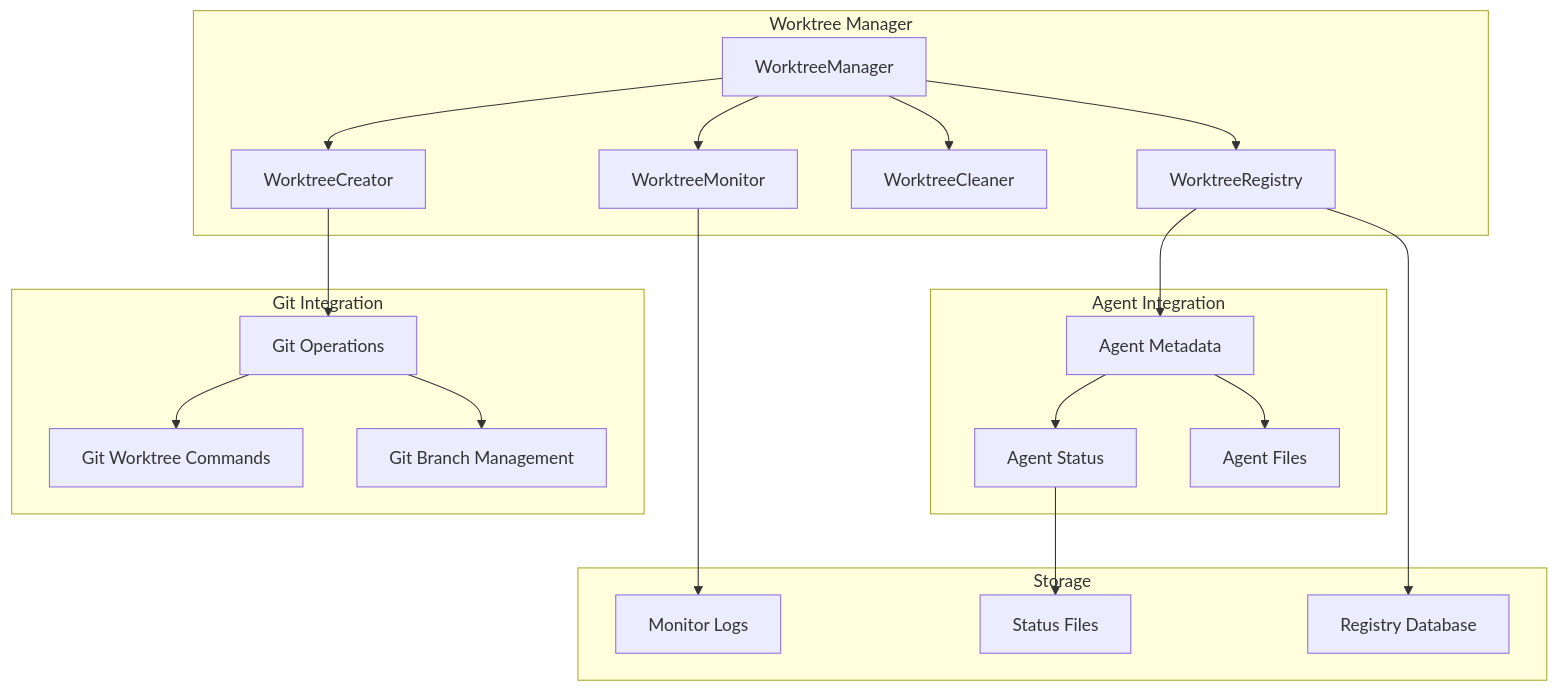
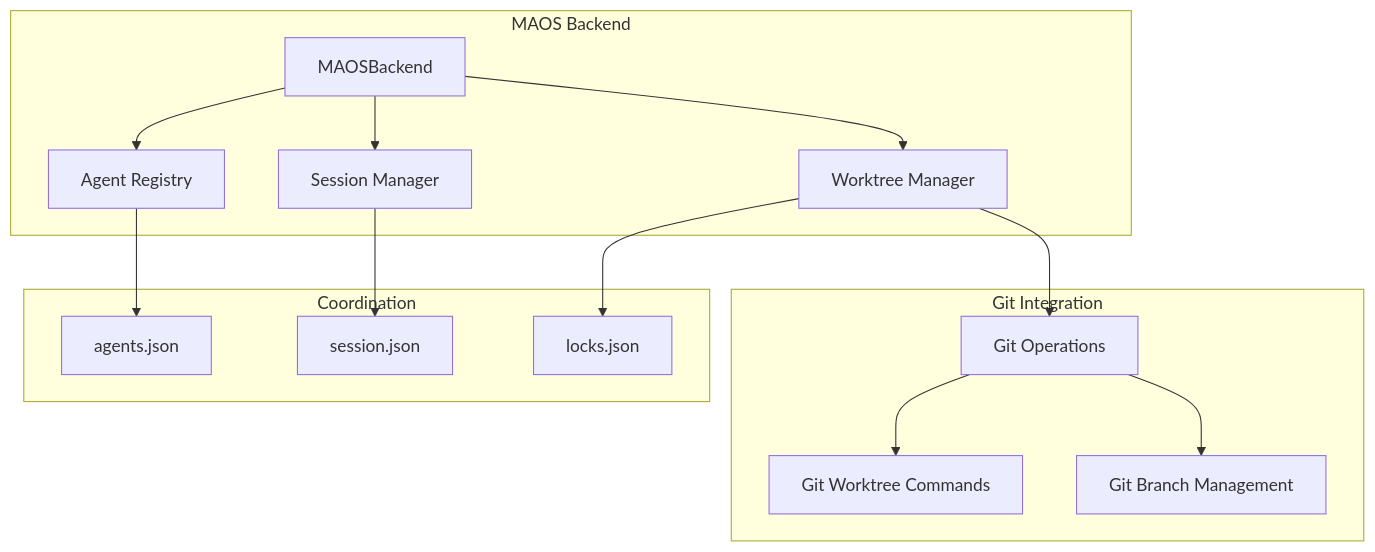
One commit to clafollett/maos changed the diagram in docs/architecture/components/worktree-management-design.md. Above: the diagram before and after it, drawn with Mermaid. The commit also changed other lines of this file and 1 other file, not shown here.

First line of the commit message:
docs: update worktree and coordination designs from Rust to Python

````diff
--- a/docs/architecture/components/worktree-management-design.md
+++ b/docs/architecture/components/worktree-management-design.md
@@ -9,27 +9,20 @@
 ```mermaid
 graph TB
-    subgraph "Worktree Manager"
-        WM[WorktreeManager] --> WC[WorktreeCreator]
-        WM --> WMon[WorktreeMonitor]
-        WM --> WClean[WorktreeCleaner]
-        WM --> WReg[WorktreeRegistry]
+    subgraph "MAOS Backend"
+        MB[MAOSBackend] --> WM[Worktree Manager]
+        MB --> SM[Session Manager]
+        MB --> AM[Agent Registry]
     end
     
     subgraph "Git Integration"
-        WC --> GO[Git Operations]
+        WM --> GO[Git Operations]
         GO --> GW[Git Worktree Commands]
         GO --> GB[Git Branch Management]
     end
     
-    subgraph "Agent Integration"
-        WReg --> AM[Agent Metadata]
-        AM --> AS[Agent Status]
-        AM --> AF[Agent Files]
-    end
-    
-    subgraph "Storage"
-        WReg --> RDB[Registry Database]
-        WMon --> ML[Monitor Logs]
-        AS --> SF[Status Files]
+    subgraph "Coordination"
+        AM --> AF[agents.json]
+        SM --> SF[session.json]
+        WM --> LF[locks.json]
     end
 ```
````
